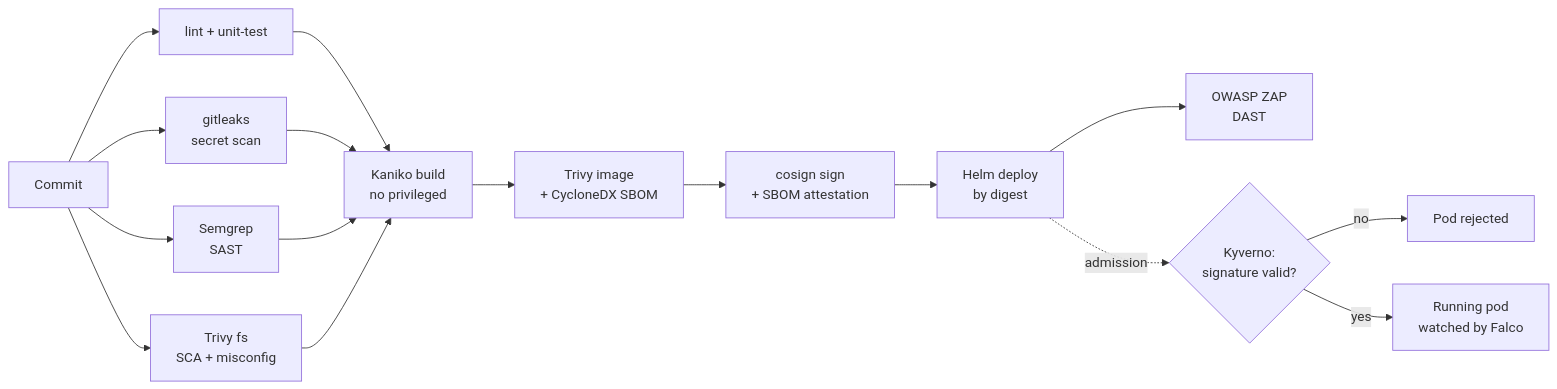
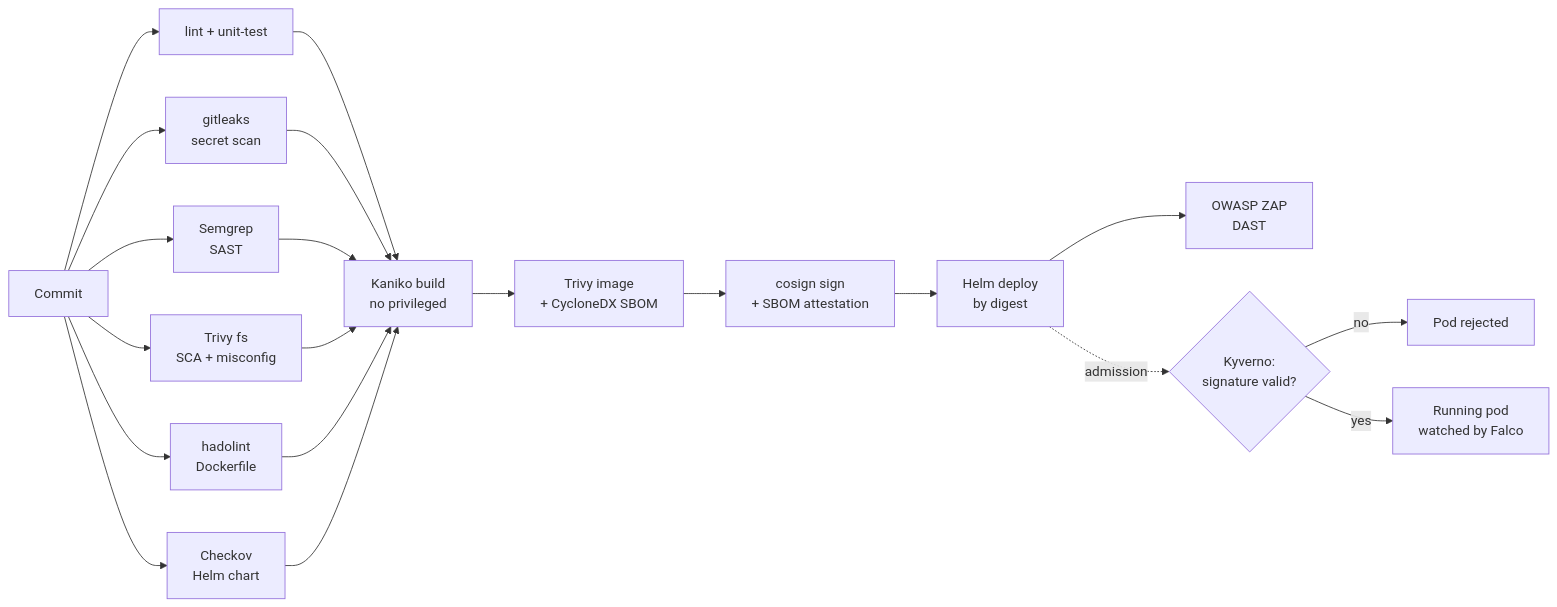
Before and after one commit to onurcarkcioglu/catalog-api: the diagram in README.md, drawn with Mermaid. The commit also changed other lines of this file and 6 other files, not shown here.

First line of the commit message:
ci: hadolint ve checkov-helm isleri, zaman sinirli istisna dosyasi

````diff
--- a/README.md
+++ b/README.md
@@ -23,15 +23,17 @@
 ```mermaid
 flowchart LR
     A[Commit] --> B[lint + unit-test]
     A --> C[gitleaks<br/>secret scan]
     A --> D[Semgrep<br/>SAST]
     A --> E[Trivy fs<br/>SCA + misconfig]
-    B & C & D & E --> F[Kaniko build<br/>no privileged]
+    A --> M[hadolint<br/>Dockerfile]
+    A --> N[Checkov<br/>Helm chart]
+    B & C & D & E & M & N --> F[Kaniko build<br/>no privileged]
     F --> G[Trivy image<br/>+ CycloneDX SBOM]
     G --> H[cosign sign<br/>+ SBOM attestation]
     H --> I[Helm deploy<br/>by digest]
     I --> J[OWASP ZAP<br/>DAST]
     I -. admission .-> K{Kyverno:<br/>signature valid?}
     K -- no --> X[Pod rejected]
     K -- yes --> L[Running pod<br/>watched by Falco]
 ```
````
